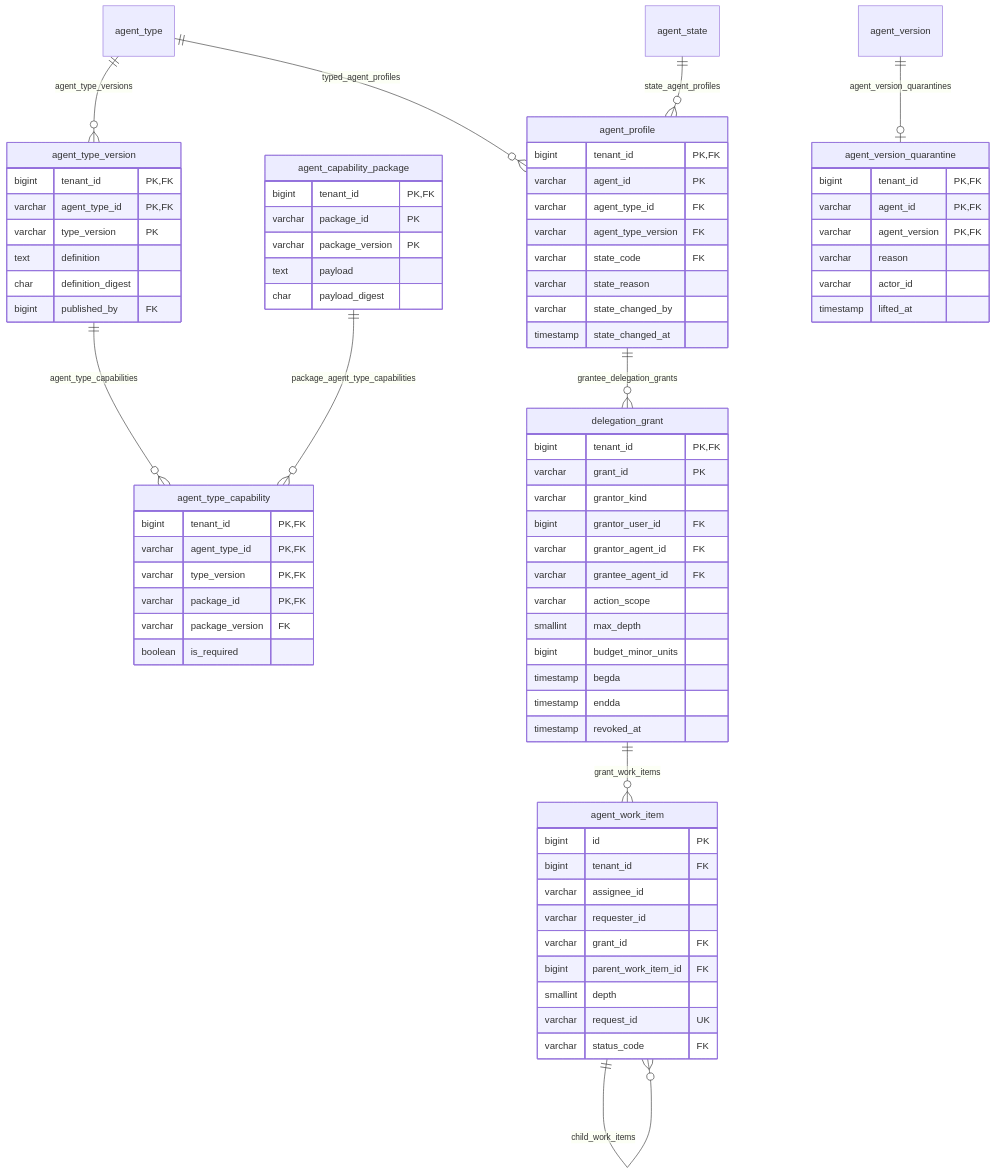
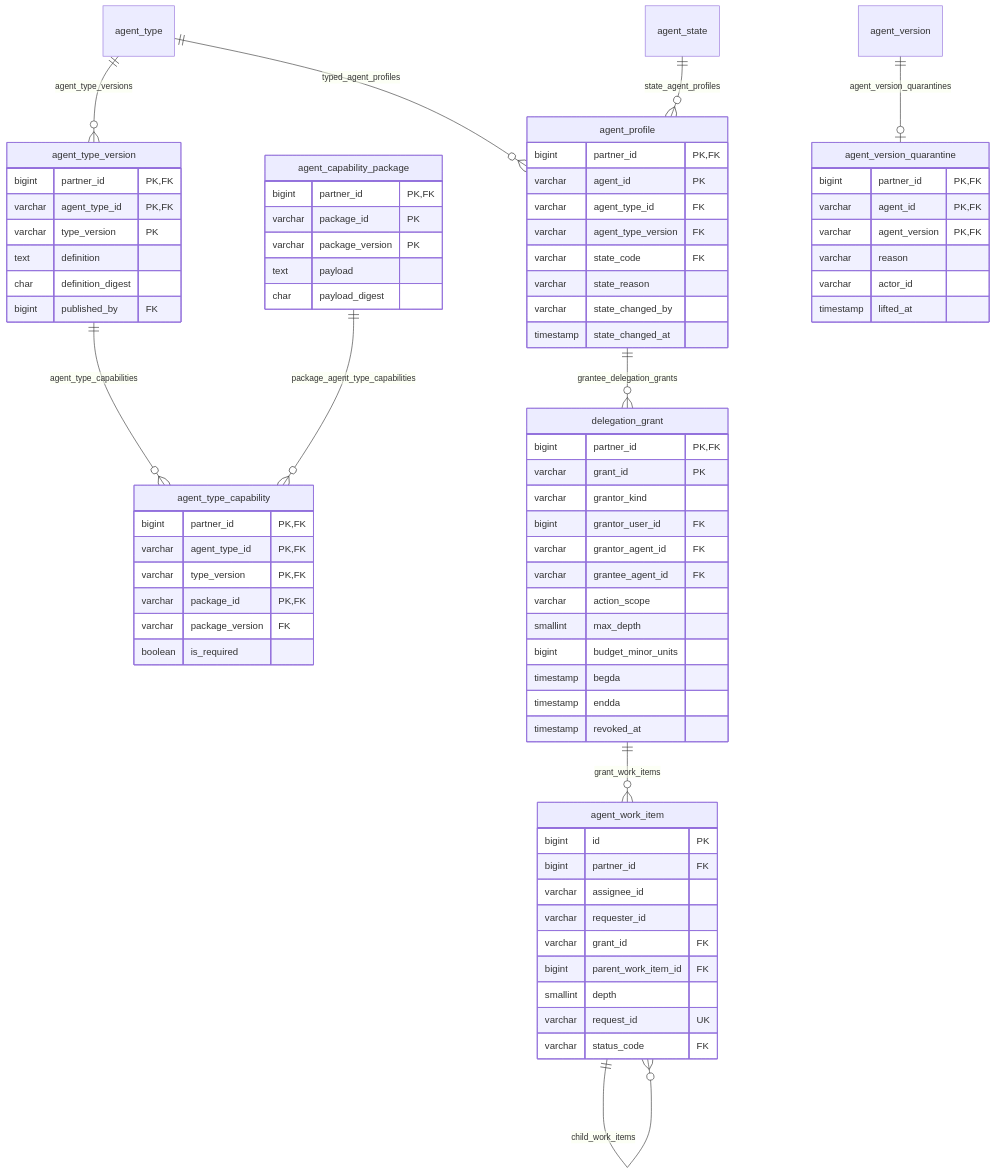
One commit to nauticana/scout changed diagram 11 of 18 in doc/database.md. Above: the diagram before and after it, drawn with Mermaid. The commit also changed other lines of this file and 163 other files, not shown here.

Commit message:
Partner-scoped tenant tables, a registration catalog, tenant-aware tool listing

````diff
--- a/doc/database.md
+++ b/doc/database.md
@@ -987,79 +988,79 @@
 ```mermaid
 erDiagram
     agent_type ||--o{ agent_type_version : agent_type_versions
     agent_type ||--o{ agent_profile : typed_agent_profiles
     agent_type_version ||--o{ agent_type_capability : agent_type_capabilities
     agent_capability_package ||--o{ agent_type_capability : package_agent_type_capabilities
     agent_state ||--o{ agent_profile : state_agent_profiles
     agent_version ||--o| agent_version_quarantine : agent_version_quarantines
     agent_profile ||--o{ delegation_grant : grantee_delegation_grants
     delegation_grant ||--o{ agent_work_item : grant_work_items
     agent_work_item ||--o{ agent_work_item : child_work_items
 
     agent_type_version {
-        bigint tenant_id PK,FK
+        bigint partner_id PK,FK
         varchar agent_type_id PK,FK
         varchar type_version PK
         text definition
         char definition_digest
         bigint published_by FK
     }
     agent_capability_package {
-        bigint tenant_id PK,FK
+        bigint partner_id PK,FK
         varchar package_id PK
         varchar package_version PK
         text payload
         char payload_digest
     }
     agent_type_capability {
-        bigint tenant_id PK,FK
+        bigint partner_id PK,FK
         varchar agent_type_id PK,FK
         varchar type_version PK,FK
         varchar package_id PK,FK
         varchar package_version FK
         boolean is_required
     }
     agent_profile {
-        bigint tenant_id PK,FK
+        bigint partner_id PK,FK
         varchar agent_id PK
         varchar agent_type_id FK
         varchar agent_type_version FK
         varchar state_code FK
         varchar state_reason
         varchar state_changed_by
         timestamp state_changed_at
     }
     agent_version_quarantine {
-        bigint tenant_id PK,FK
+        bigint partner_id PK,FK
         varchar agent_id PK,FK
         varchar agent_version PK,FK
         varchar reason
         varchar actor_id
         timestamp lifted_at
     }
     delegation_grant {
-        bigint tenant_id PK,FK
+        bigint partner_id PK,FK
         varchar grant_id PK
         varchar grantor_kind
         bigint grantor_user_id FK
         varchar grantor_agent_id FK
         varchar grantee_agent_id FK
         varchar action_scope
         smallint max_depth
         bigint budget_minor_units
         timestamp begda
         timestamp endda
         timestamp revoked_at
     }
     agent_work_item {
         bigint id PK
-        bigint tenant_id FK
+        bigint partner_id FK
         varchar assignee_id
         varchar requester_id
         varchar grant_id FK
         bigint parent_work_item_id FK
         smallint depth
         varchar request_id UK
         varchar status_code FK
     }
 ```
````
